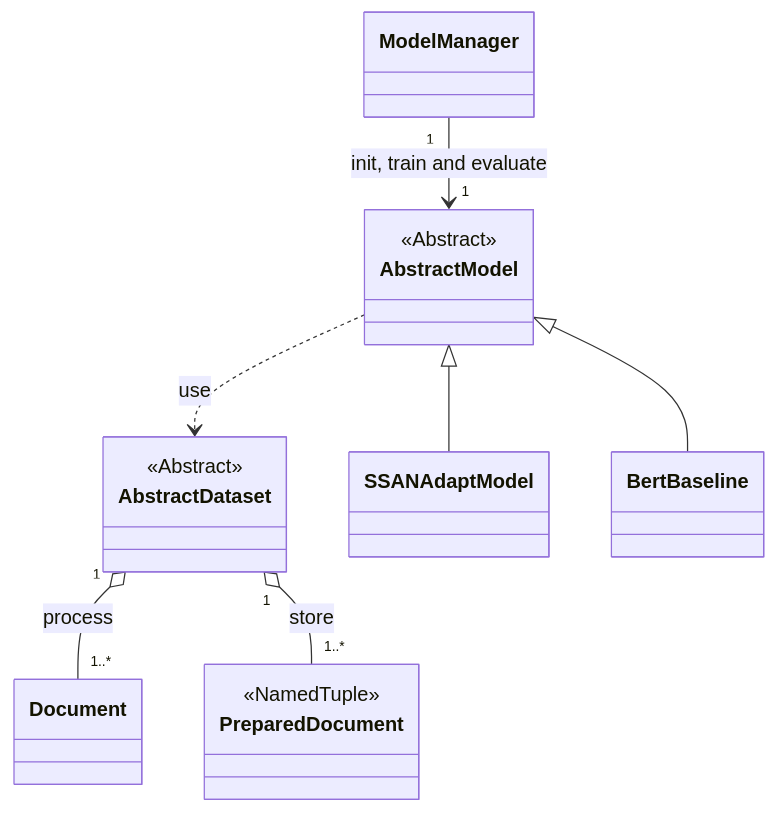
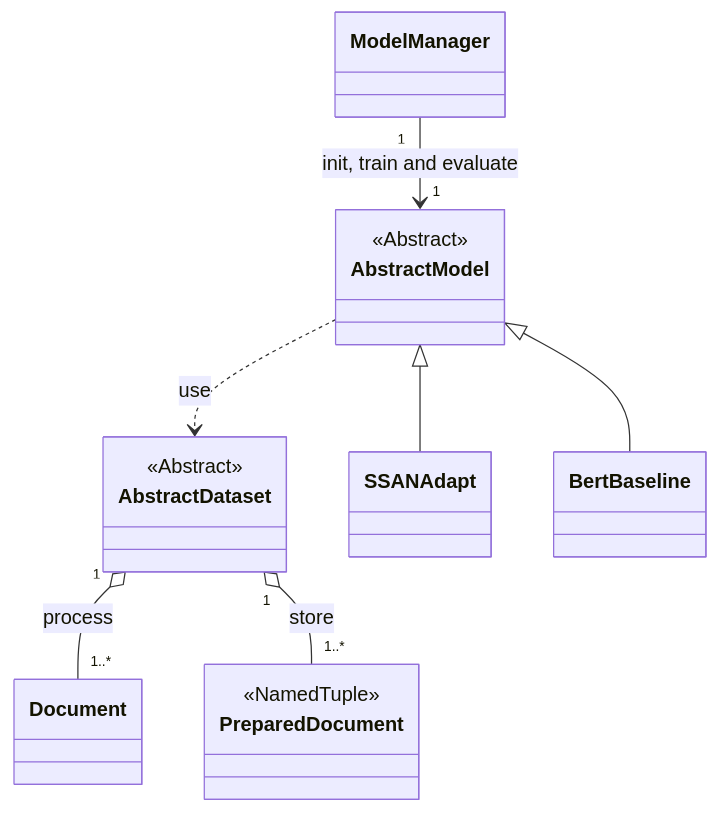
One commit to phos-phophy/creed changed the second of 3 diagrams in README.md. Above: the diagram before and after it, drawn with Mermaid. The commit also changed other lines of this file, not shown here.

````diff
--- a/README.md
+++ b/README.md
@@ -109,23 +109,23 @@
 ```mermaid
 classDiagram
 directionTB
     ModelManager "1" --> "1" AbstractModel : init, train and evaluate
     AbstractModel ..> AbstractDataset : use
     AbstractDataset "1" o-- "1..*" Document : process
     AbstractDataset "1" o-- "1..*" PreparedDocument : store
     
-    AbstractModel <|-- SSANAdaptModel
+    AbstractModel <|-- SSANAdapt
     AbstractModel <|-- BertBaseline
     
     class AbstractModel{
         <<Abstract>>
     }
     
     class AbstractDataset{
         <<Abstract>>
     }
     
     class PreparedDocument{
         <<NamedTuple>>
     }
 ```
````
